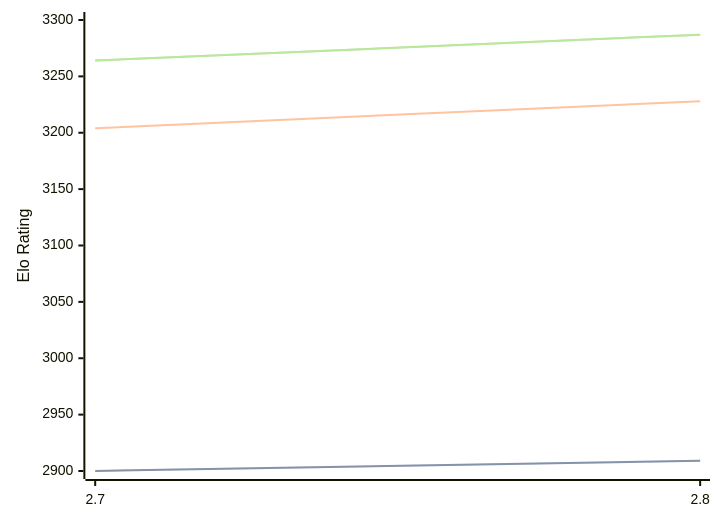
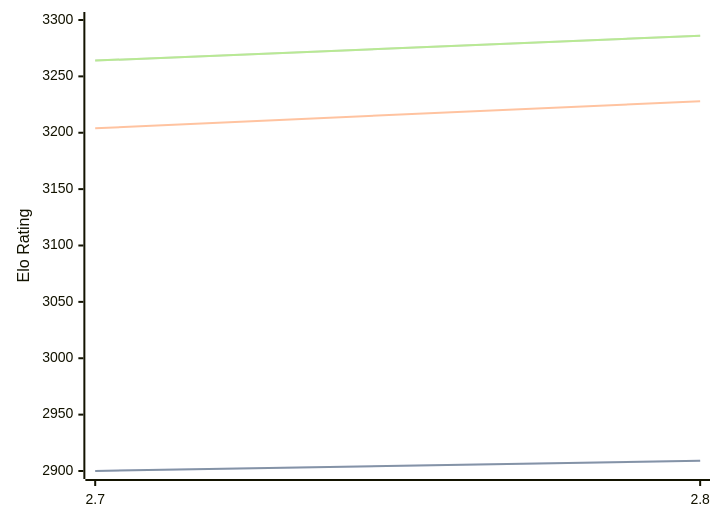
Before and after one commit to computer-chess-index/cci: the diagram in engines/Arcanum.md, drawn with Mermaid. The commit also changed other lines of this file, not shown here.

Commit message:
Update CCI Ratings (ELO VLTC) - 2026-09-12

````diff
--- a/engines/Arcanum.md
+++ b/engines/Arcanum.md
@@ -32,11 +32,11 @@
 ```mermaid
 %%{init: {"theme":"base","themeVariables":{"seriesColors:['#a3a3a3','#222221','#faa371']}}}%%
 xychart-beta
   x-axis ["2.7", "2.8"]
   y-axis "Elo Rating" 2900 --> 3300
   line "" [2900, 2909]
   line "STC (8.0+0.08s)" [2900, 2909]
   line "LTC (60.0+0.60s)" [3204, 3228]
-  line "" [3264, 3287]
-  line "VLTC (2m24s+1.12s)" [3264, 3287]
+  line "" [3264, 3286]
+  line "VLTC (2m24s+1.12s)" [3264, 3286]
 ```
````
